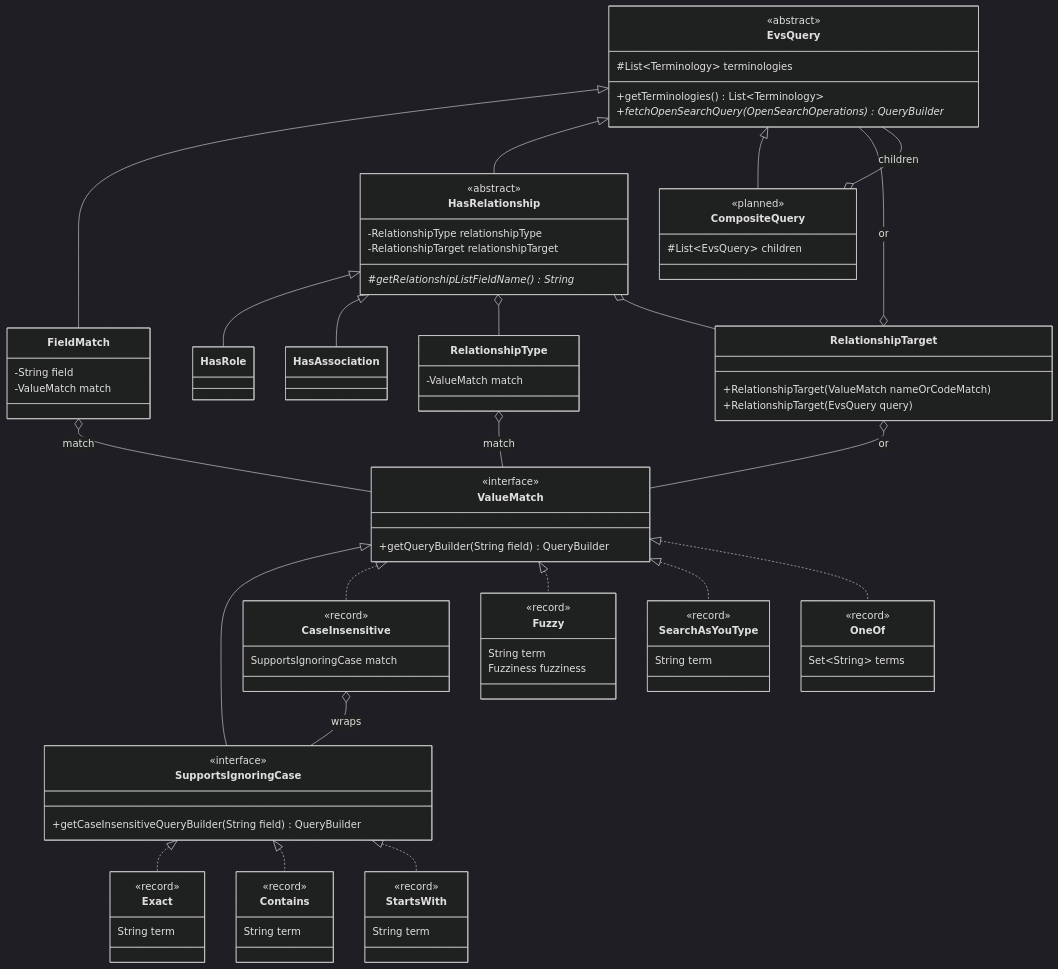
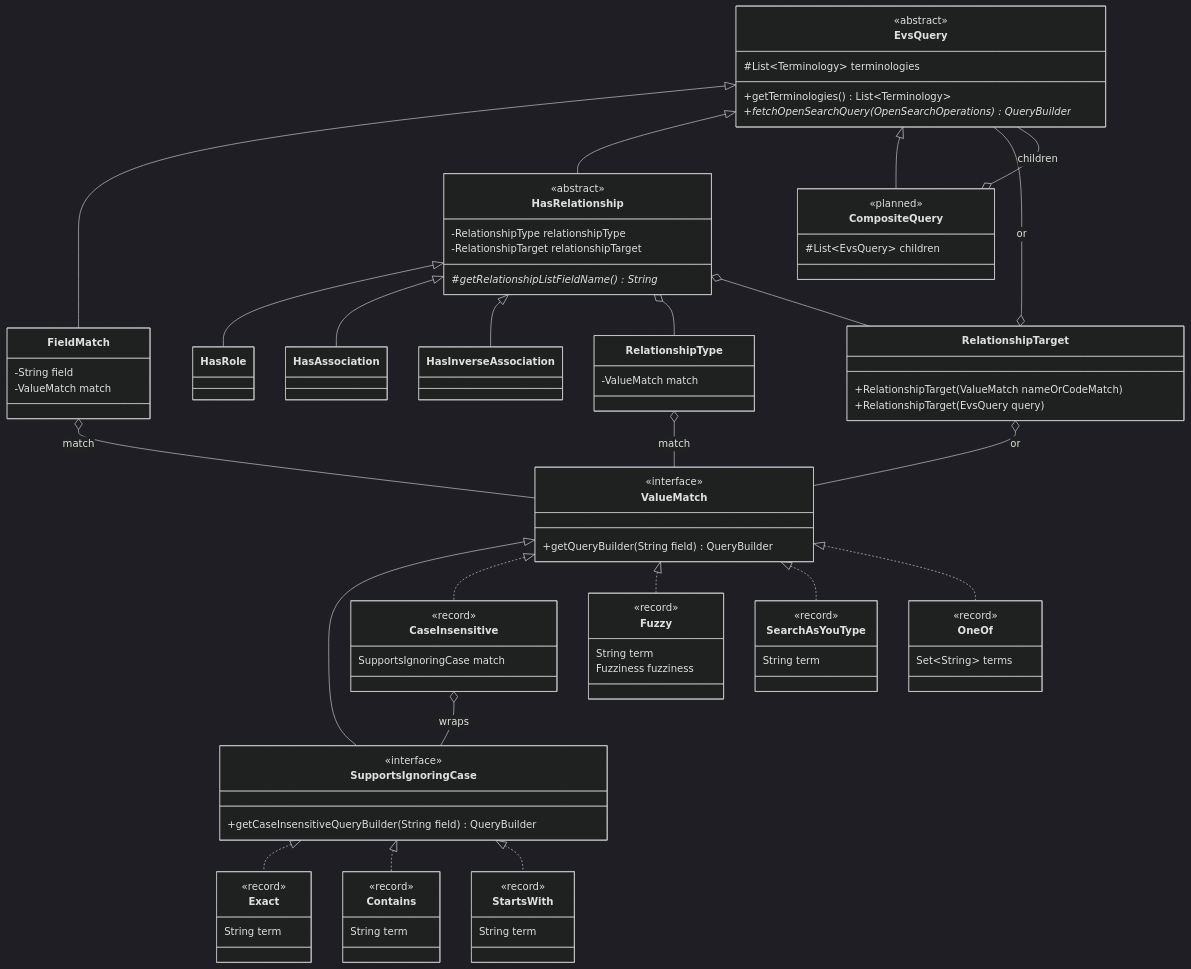
Before and after one commit to WestCoastInformatics/evsrestapi: the diagram in src/main/java/gov/nih/nci/evs/api/query/README.md, drawn with Mermaid (dark theme). The commit also changed other lines of this file and 4 other files, not shown here.

First line of the commit message:
Add HasInverseAssociation query node and index inverse associations as nested

```diff
--- a/src/main/java/gov/nih/nci/evs/api/query/README.md
+++ b/src/main/java/gov/nih/nci/evs/api/query/README.md
@@ -124,6 +124,7 @@
     EvsQuery <|-- CompositeQuery
     HasRelationship <|-- HasRole
     HasRelationship <|-- HasAssociation
+    HasRelationship <|-- HasInverseAssociation
     CompositeQuery o-- EvsQuery : children
     FieldMatch o-- ValueMatch : match
     HasRelationship o-- RelationshipType
```
